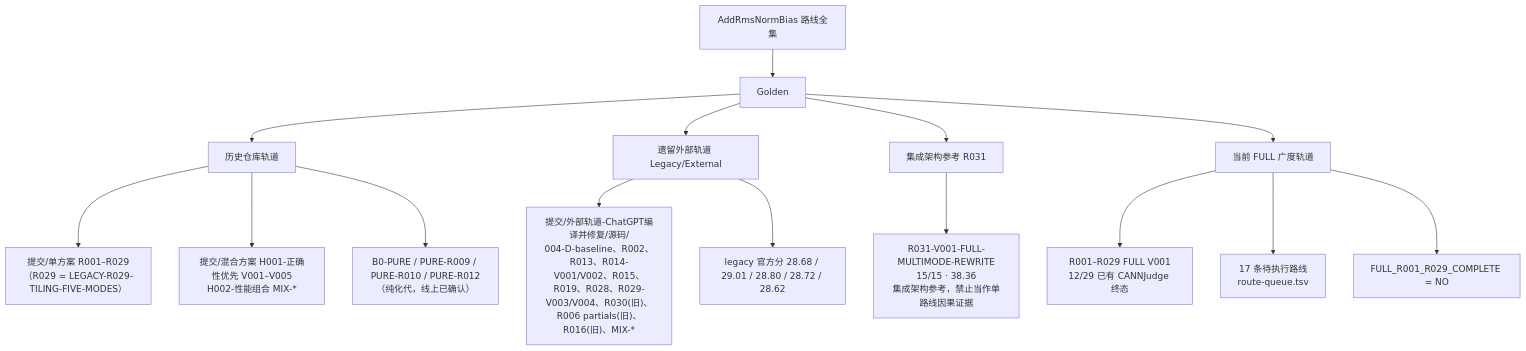
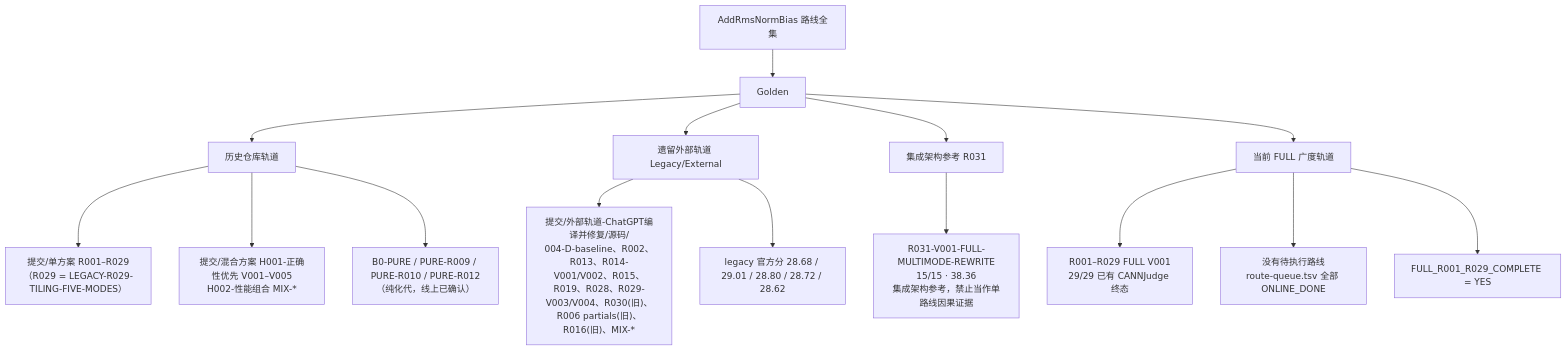
The diagram in 文档/路线树.md (sxyq/CANN), drawn with Mermaid before and after one commit. The commit also changed other lines of this file and 25 other files, not shown here.

Commit message:
complete FULL R001-R029 online coverage

````diff
--- a/文档/路线树.md
+++ b/文档/路线树.md
@@ -7,22 +7,22 @@
 ```mermaid
 flowchart TD
     ROOT["AddRmsNormBias 路线全集"]
     ROOT --> TRACKS["Golden"]
     TRACKS --> T1["历史仓库轨道"]
     TRACKS --> T2["遗留外部轨道 Legacy/External"]
     TRACKS --> T3["集成架构参考 R031"]
     TRACKS --> T4["当前 FULL 广度轨道"]
 
     T1 --> T1A["提交/单方案 R001–R029<br/>（R029 = LEGACY-R029-TILING-FIVE-MODES）"]
     T1 --> T1B["提交/混合方案 H001-正确性优先 V001–V005<br/>H002-性能组合 MIX-*"]
     T1 --> T1C["B0-PURE / PURE-R009 / PURE-R010 / PURE-R012<br/>（纯化代，线上已确认）"]
 
     T2 --> T2A["提交/外部轨道-ChatGPT编译并修复/源码/<br/>004-D-baseline、R002、R013、R014-V001/V002、R015、R019、R028、R029-V003/V004、R030(旧)、R006 partials(旧)、R016(旧)、MIX-*"]
     T2 --> T2B["legacy 官方分 28.68 / 29.01 / 28.80 / 28.72 / 28.62"]
 
     T3 --> T3A["R031-V001-FULL-MULTIMODE-REWRITE<br/>15/15 · 38.36<br/>集成架构参考，禁止当作单路线因果证据"]
 
-    T4 --> T4A["R001–R029 FULL V001<br/>12/29 已有 CANNJudge 终态"]
-    T4 --> T4B["17 条待执行路线<br/>route-queue.tsv"]
-    T4 --> T4C["FULL_R001_R029_COMPLETE = NO"]
+    T4 --> T4A["R001–R029 FULL V001<br/>29/29 已有 CANNJudge 终态"]
+    T4 --> T4B["没有待执行路线<br/>route-queue.tsv 全部 ONLINE_DONE"]
+    T4 --> T4C["FULL_R001_R029_COMPLETE = YES"]
 ```
````
